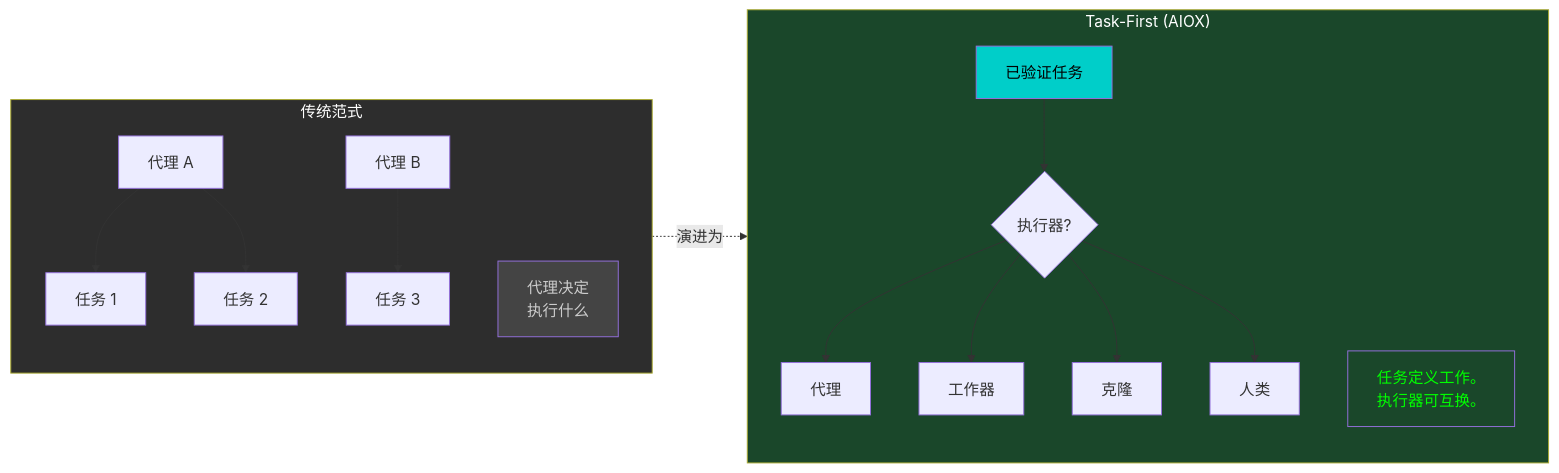
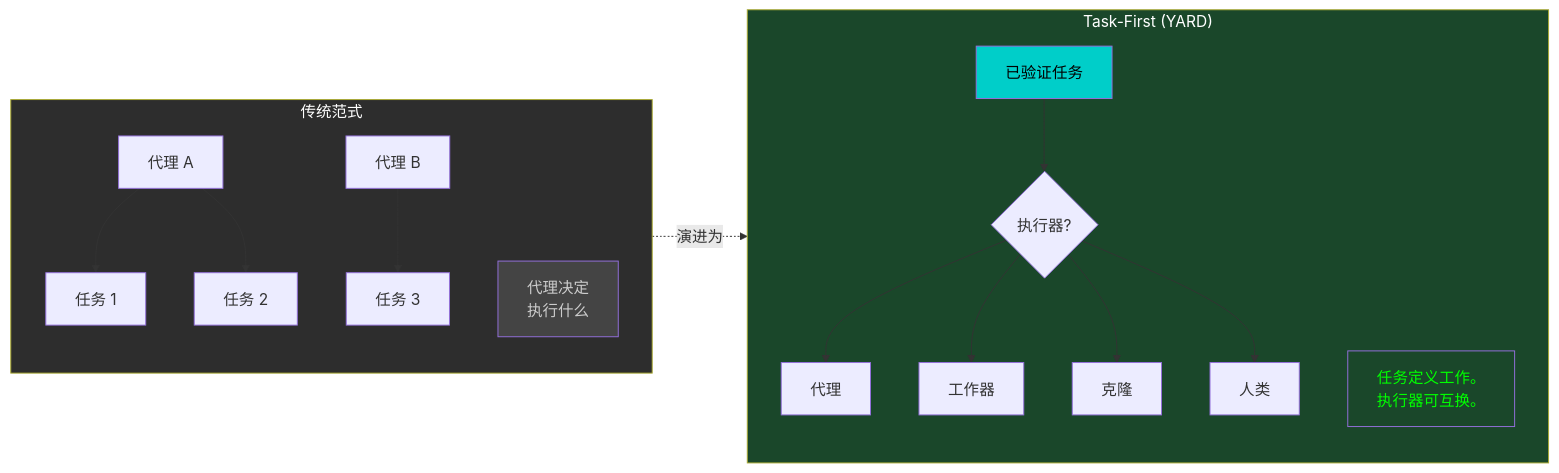
The second of 12 diagrams in docs/zh/architecture/AIOX-VISUAL-OVERVIEW.md (ernesto-langa/yard-core), drawn with Mermaid before and after one commit. The commit also changed other lines of this file and 529 other files, not shown here.

````diff
--- a/docs/zh/architecture/AIOX-VISUAL-OVERVIEW.md
+++ b/docs/zh/architecture/AIOX-VISUAL-OVERVIEW.md
@@ -110,28 +110,28 @@
 ```mermaid
 flowchart LR
     subgraph TRADITIONAL["传统范式"]
         direction TB
         A1["代理 A"] --> T1["任务 1"]
         A1 --> T2["任务 2"]
         A2["代理 B"] --> T3["任务 3"]
         NOTE1["代理决定<br/>执行什么"]
     end
 
-    subgraph TASKFIRST["Task-First (AIOX)"]
+    subgraph TASKFIRST["Task-First (YARD)"]
         direction TB
         TK1["已验证任务"] --> DEC1{"执行器?"}
         DEC1 --> E1["代理"]
         DEC1 --> E2["工作器"]
         DEC1 --> E3["克隆"]
         DEC1 --> E4["人类"]
         NOTE2["任务定义工作。<br/>执行器可互换。"]
     end
 
     TRADITIONAL -.->|"演进为"| TASKFIRST
 
     style TRADITIONAL fill:#2d2d2d,color:#fff
     style TASKFIRST fill:#1a472a,color:#fff
     style TK1 fill:#00cec9,color:#000
     style NOTE1 fill:#444,color:#ccc
     style NOTE2 fill:#1a472a,color:#0f0
 ```
````
